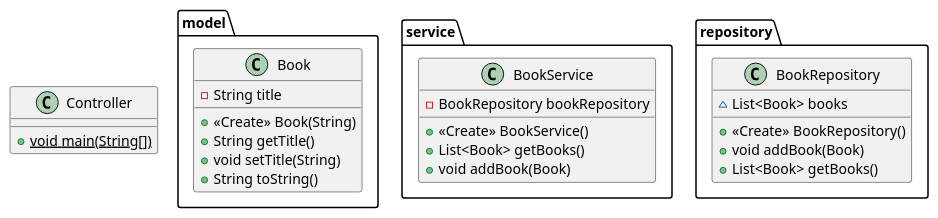
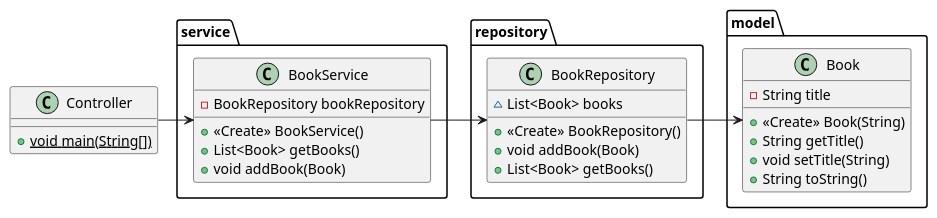
The diagram in src/uml/IntecPuntClassDiagramGenerated.puml (BramLab/IntecPunt), drawn with PlantUML before and after one commit. The commit also changed 5 other files, not shown here.

```diff
--- a/src/uml/IntecPuntClassDiagramGenerated.puml
+++ b/src/uml/IntecPuntClassDiagramGenerated.puml
@@ -1,31 +1,32 @@
 @startuml
 class Controller {
 + {static} void main(String[])
 }
 
 class model.Book {
 - String title
 + <<Create>> Book(String)
 + String getTitle()
 + void setTitle(String)
 + String toString()
 }
 
-
 class service.BookService {
 - BookRepository bookRepository
 + <<Create>> BookService()
 + List<Book> getBooks()
 + void addBook(Book)
 }
-
 
 class repository.BookRepository {
 ~ List<Book> books
 + <<Create>> BookRepository()
 + void addBook(Book)
 + List<Book> getBooks()
 }
 
+Controller -> BookService
+BookService -> BookRepository
+BookRepository -> Book
 
 @enduml
```
